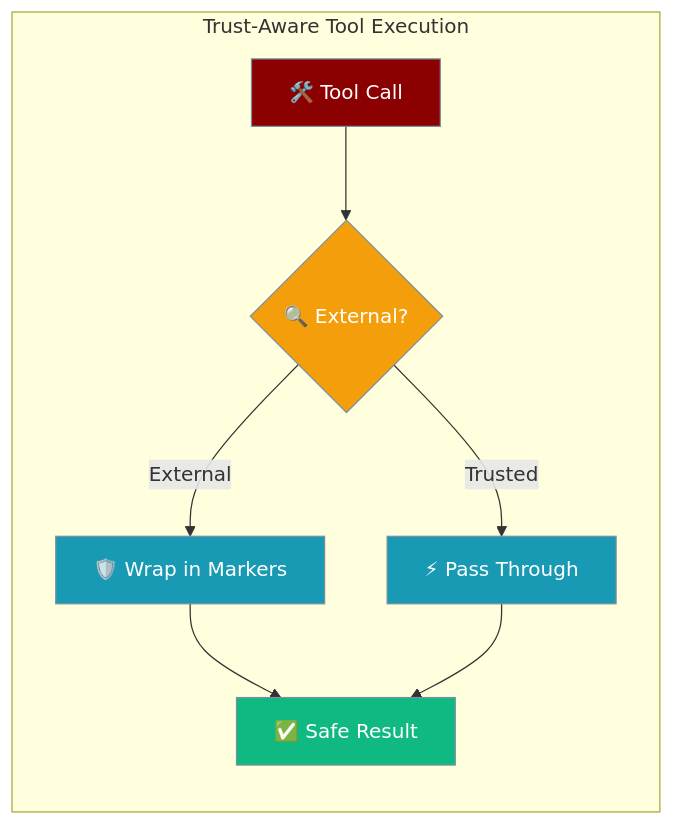
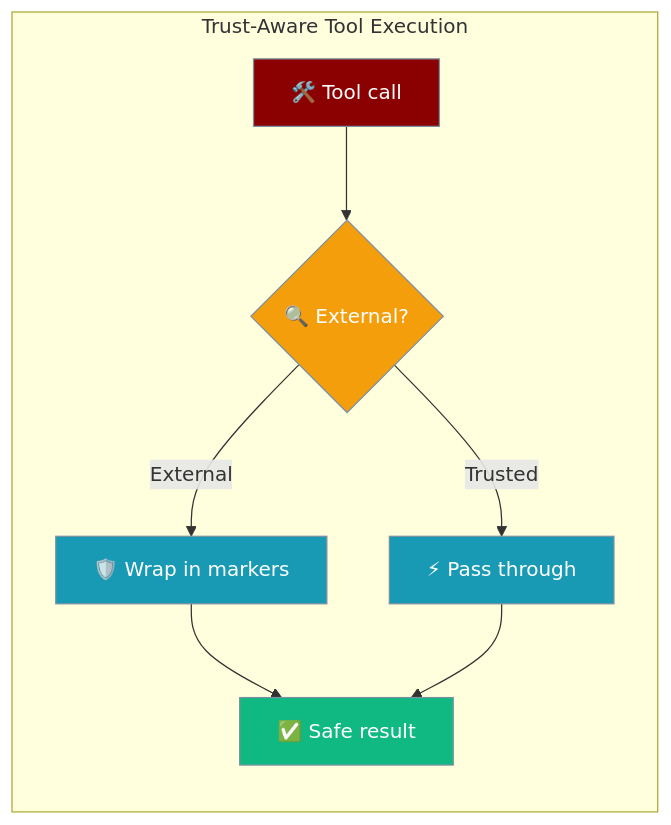
Before and after one commit to MervinPraison/PraisonAIDocs: the first of 2 diagrams in docs/features/prompt-injection-protection.mdx, drawn with Mermaid. The commit also changed other lines of this file and 4 other files, not shown here.

````diff
--- a/docs/features/prompt-injection-protection.mdx
+++ b/docs/features/prompt-injection-protection.mdx
@@ -10,20 +24,20 @@
 ```mermaid
 graph LR
     subgraph "Trust-Aware Tool Execution"
-        Call[🛠️ Tool Call] --> Check{🔍 External?}
-        Check -->|Trusted| Pass[⚡ Pass Through]
-        Check -->|External| Wrap[🛡️ Wrap in Markers]
-        Wrap --> Safe[✅ Safe Result]
+        Call[🛠️ Tool call] --> Check{🔍 External?}
+        Check -->|Trusted| Pass[⚡ Pass through]
+        Check -->|External| Wrap[🛡️ Wrap in markers]
+        Wrap --> Safe[✅ Safe result]
         Pass --> Safe
     end
 
     classDef tool fill:#8B0000,stroke:#7C90A0,color:#fff
     classDef check fill:#F59E0B,stroke:#7C90A0,color:#fff
     classDef wrap fill:#189AB4,stroke:#7C90A0,color:#fff
     classDef result fill:#10B981,stroke:#7C90A0,color:#fff
 
     class Call tool
     class Check check
     class Wrap,Pass wrap
     class Safe result
 ```
````
